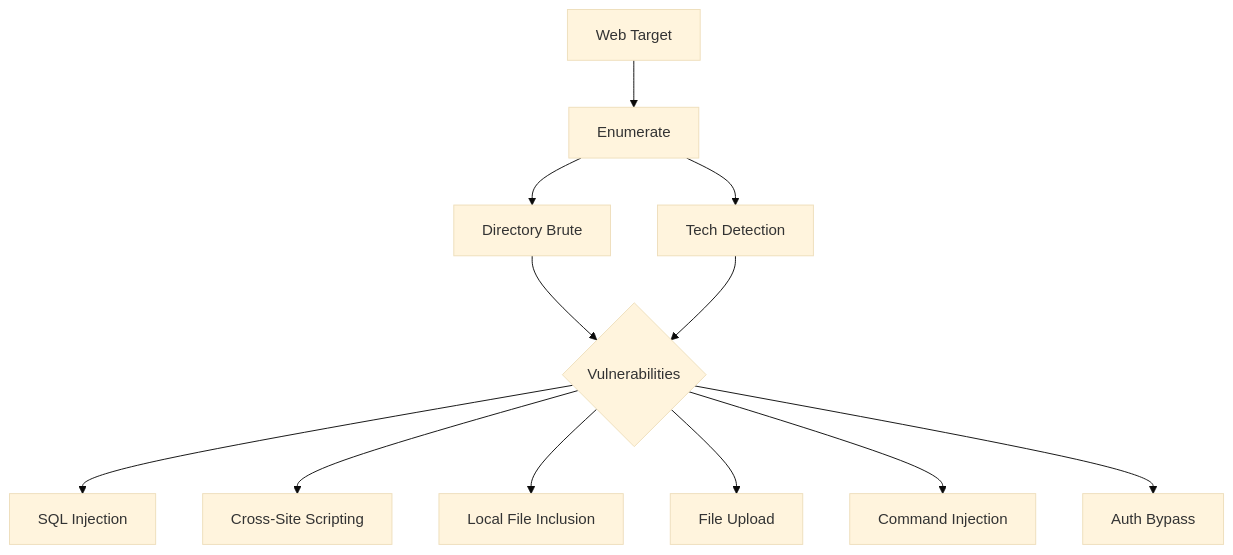
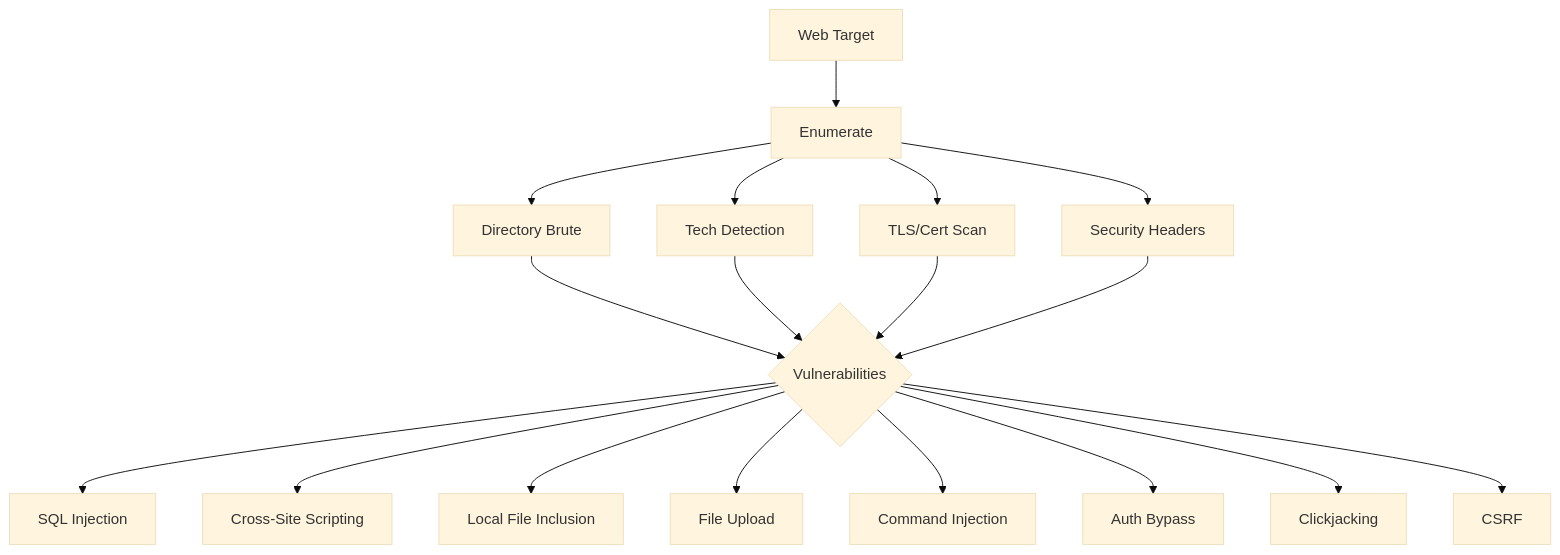
The third of 7 diagrams in docs/skills.md (goldenapplestudios/Clicky), drawn with Mermaid (base theme) before and after one commit. The commit also changed other lines of this file and 16 other files, not shown here.

First line of the commit message:
Add TLS/SSL, clickjacking/CSRF, and shadow-API testing to close OWASP gaps

````diff
--- a/docs/skills.md
+++ b/docs/skills.md
@@ -141,16 +144,22 @@
 ```mermaid
 flowchart TD
     WEB[Web Target] --> ENUM[Enumerate]
     ENUM --> DIR[Directory Brute]
     ENUM --> TECH[Tech Detection]
+    ENUM --> TLS[TLS/Cert Scan]
+    ENUM --> HDRS[Security Headers]
 
     DIR --> VULNS{Vulnerabilities}
     TECH --> VULNS
+    TLS --> VULNS
+    HDRS --> VULNS
 
     VULNS --> SQLI[SQL Injection]
     VULNS --> XSS[Cross-Site Scripting]
     VULNS --> LFI[Local File Inclusion]
     VULNS --> UPLOAD[File Upload]
     VULNS --> CMDI[Command Injection]
     VULNS --> AUTH[Auth Bypass]
+    VULNS --> CLICKJACK[Clickjacking]
+    VULNS --> CSRF[CSRF]
 ```
````
